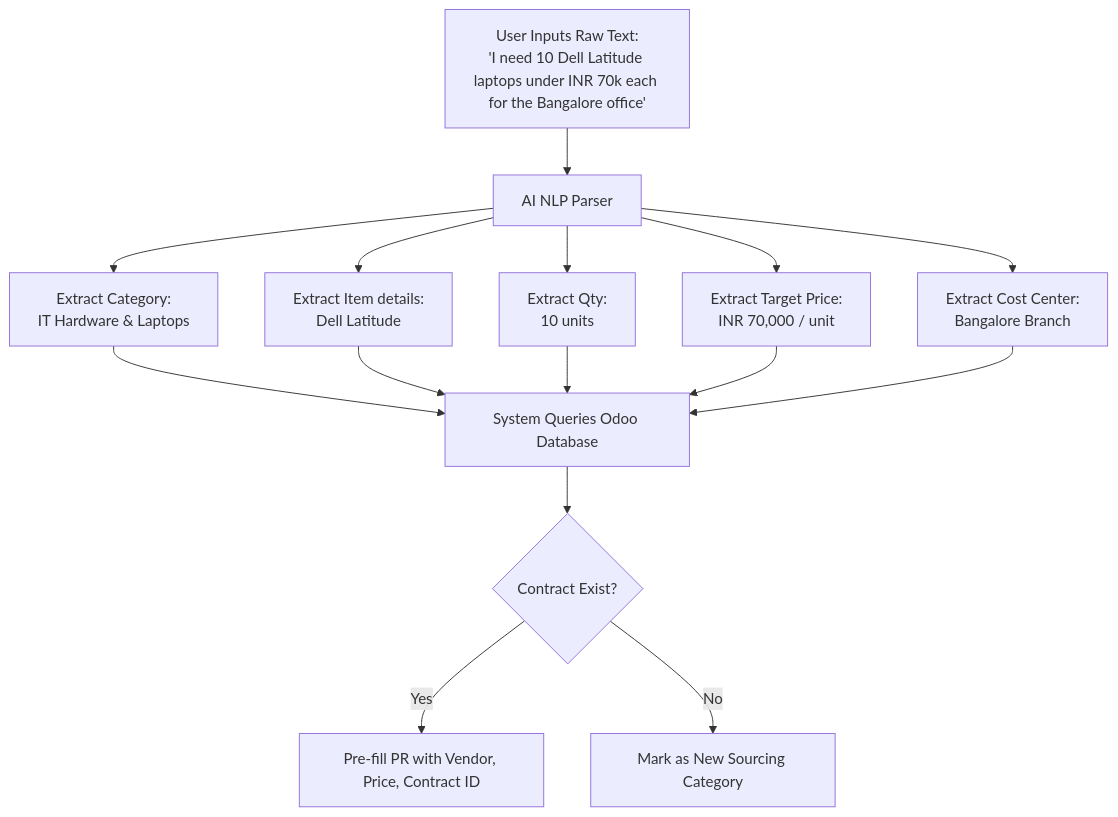
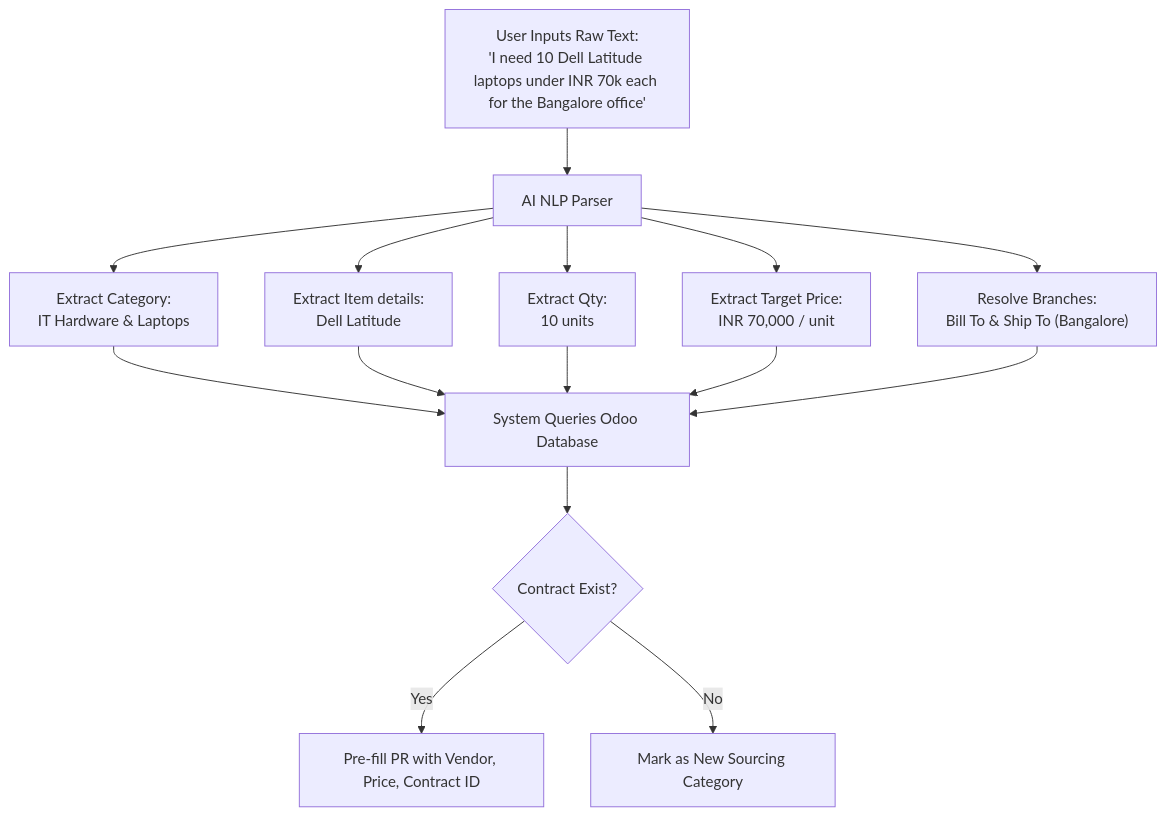
One commit to Anjitha-IdeenTech/Spendwise_prod changed the second of 5 diagrams in smartspend_workflow_guide.md. Above: the diagram before and after it, drawn with Mermaid. The commit also changed 2 other files, not shown here.

Commit message:
docs: resolve Bill To and Ship To branches in workflow guide

````diff
--- a/smartspend_workflow_guide.md
+++ b/smartspend_workflow_guide.md
@@ -90,18 +90,18 @@
 ```mermaid
 flowchart TD
     UserInput["User Inputs Raw Text:<br/>'I need 10 Dell Latitude laptops under INR 70k each for the Bangalore office'"] --> NLP[AI NLP Parser]
     NLP --> Category["Extract Category:<br/>IT Hardware & Laptops"]
     NLP --> Item["Extract Item details:<br/>Dell Latitude"]
     NLP --> Qty["Extract Qty:<br/>10 units"]
     NLP --> Price["Extract Target Price:<br/>INR 70,000 / unit"]
-    NLP --> CostCenter["Extract Cost Center:<br/>Bangalore Branch"]
+    NLP --> CostCenter["Resolve Branches:<br/>Bill To &amp; Ship To (Bangalore)"]
     
     Category --> AutoMatch[System Queries Odoo Database]
     Item --> AutoMatch
     Qty --> AutoMatch
     Price --> AutoMatch
     CostCenter --> AutoMatch
     AutoMatch --> MatchCheck{Contract Exist?}
     MatchCheck -->|Yes| PreFill[Pre-fill PR with Vendor, Price, Contract ID]
     MatchCheck -->|No| FlagNew[Mark as New Sourcing Category]
 ```
````
